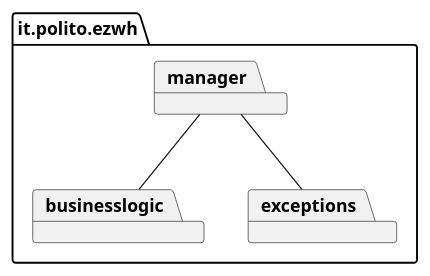
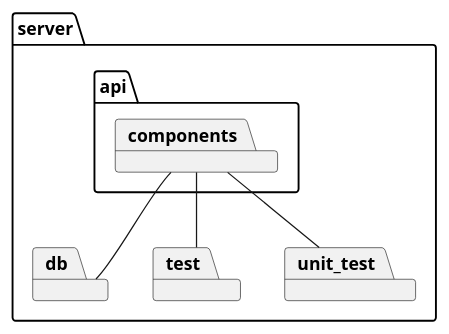
Before and after one commit to stefanodevenuto/ezwh: the first of 16 diagrams in DesignDocument.md, drawn with PlantUML. The commit also changed other lines of this file and 4 other files, not shown here.

````diff
--- a/DesignDocument.md
+++ b/DesignDocument.md
@@ -44,11 +44,16 @@
 ```plantuml
 @startuml HighLevelDesign
-package it.polito.ezwh {
-    package manager
-    package businesslogic
-    package exceptions
+package server {
+    package api {
+        package components
+    }
+    package db
+    package test
+    package unit_test
 }
-manager -- businesslogic
-manager -- exceptions
+
+components -- db
+components -- test
+components -- unit_test
 @enduml
 ```
````
